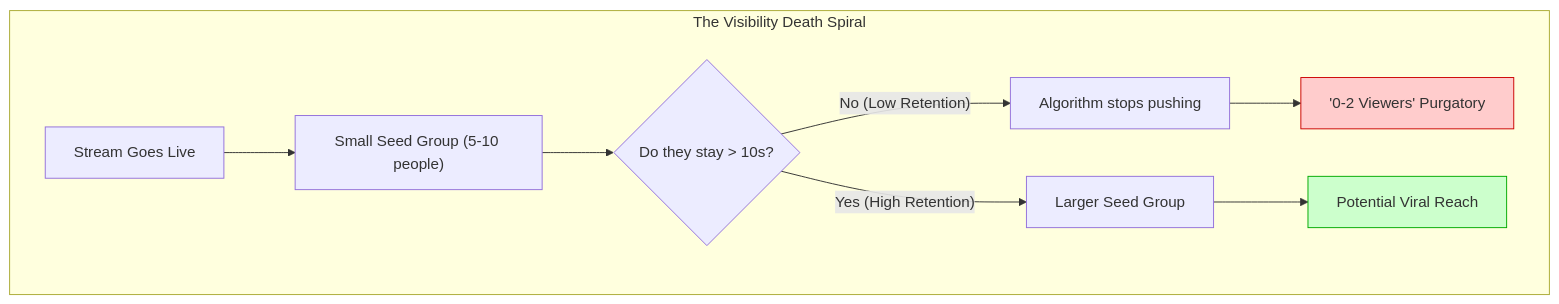
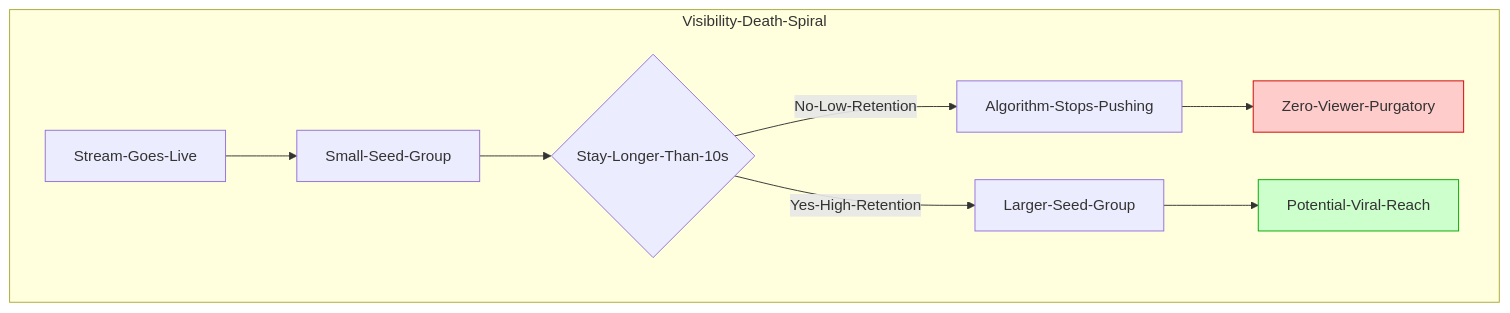
Before and after one commit to littl3-boat/ttwise: the diagram in data/blog/tiktok-live-broken-expectations-fix-2026.mdx, drawn with Mermaid. The commit also changed 6 other files, not shown here.

Commit message:
fix: resolve Mermaid syntax errors in recent blog posts

````diff
--- a/data/blog/tiktok-live-broken-expectations-fix-2026.mdx
+++ b/data/blog/tiktok-live-broken-expectations-fix-2026.mdx
@@ -25,15 +25,15 @@
 ```mermaid
-graph TD
-    subgraph "The Visibility Death Spiral"
-        A["Stream Goes Live"] --> B["Small Seed Group (5-10 people)"]
-        B --> C{"Do they stay > 10s?"}
-        C -- "No (Low Retention)" --> D["Algorithm stops pushing"]
-        D --> E["'0-2 Viewers' Purgatory"]
+flowchart TD
+    subgraph Visibility-Death-Spiral
+        A[Stream-Goes-Live] --> B[Small-Seed-Group]
+        B --> C{Stay-Longer-Than-10s}
+        C -- No-Low-Retention --> D[Algorithm-Stops-Pushing]
+        D --> E[Zero-Viewer-Purgatory]
         
-        C -- "Yes (High Retention)" --> F["Larger Seed Group"]
-        F --> G["Potential Viral Reach"]
+        C -- Yes-High-Retention --> F[Larger-Seed-Group]
+        F --> G[Potential-Viral-Reach]
     end
     
     style E fill:#ffcccc,stroke:#cc0000
     style G fill:#ccffcc,stroke:#00aa00
 ```
````
